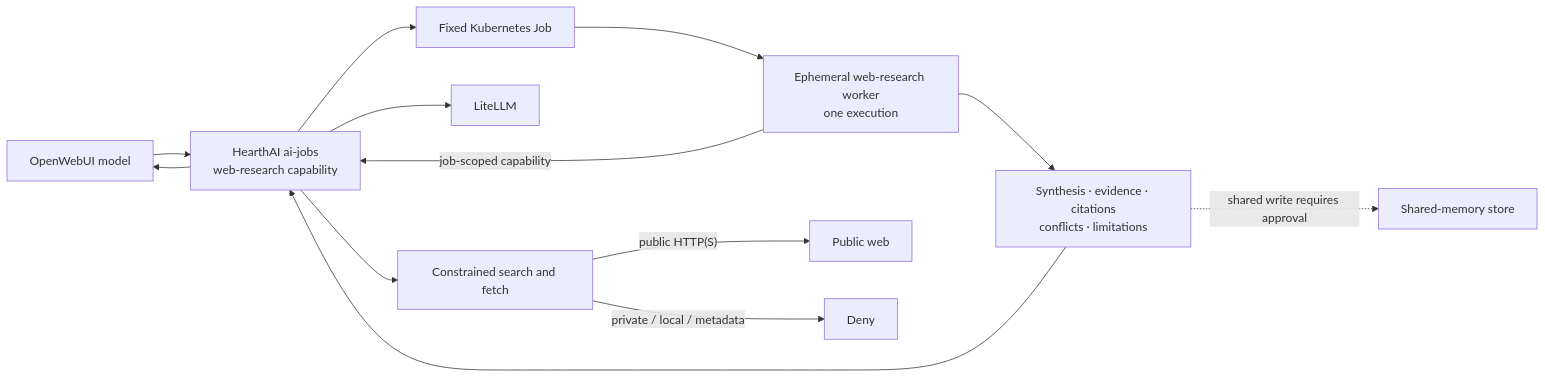
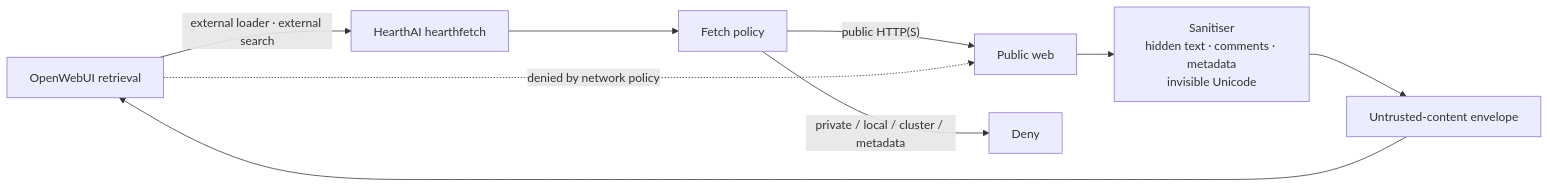
Before and after one commit to jokajak/hearthai: the fifth of 6 diagrams in docs/ARCHITECTURE.md, drawn with Mermaid. The commit also changed other lines of this file and 26 other files, not shown here.

First line of the commit message:
docs: replace web research with brokered web fetch

````diff
--- a/docs/ARCHITECTURE.md
+++ b/docs/ARCHITECTURE.md
@@ -240,15 +239,11 @@
 ```mermaid
 flowchart LR
-    MODEL["OpenWebUI model"] --> JOBS["HearthAI ai-jobs<br/>web-research capability"]
-    JOBS --> K8S["Fixed Kubernetes Job"]
-    K8S --> WORKER["Ephemeral web-research worker<br/>one execution"]
-    WORKER -->|"job-scoped capability"| JOBS
-    JOBS --> LLM["LiteLLM"]
-    JOBS --> POLICY["Constrained search and fetch"]
+    OW["OpenWebUI retrieval"] -->|"external loader · external search"| HF["HearthAI hearthfetch"]
+    HF --> POLICY["Fetch policy"]
     POLICY -- "public HTTP(S)" --> WEB["Public web"]
-    POLICY -- "private / local / metadata" --> DENY["Deny"]
-    WORKER --> RESULT["Synthesis · evidence · citations<br/>conflicts · limitations"]
-    RESULT --> JOBS
-    JOBS --> MODEL
-    RESULT -. "shared write requires approval" .-> MEMORY["Shared-memory store"]
+    POLICY -- "private / local / cluster / metadata" --> DENY["Deny"]
+    WEB --> SAN["Sanitiser<br/>hidden text · comments · metadata<br/>invisible Unicode"]
+    SAN --> ENV["Untrusted-content envelope"]
+    ENV --> OW
+    OW -. "denied by network policy" .-> WEB
 ```
````
